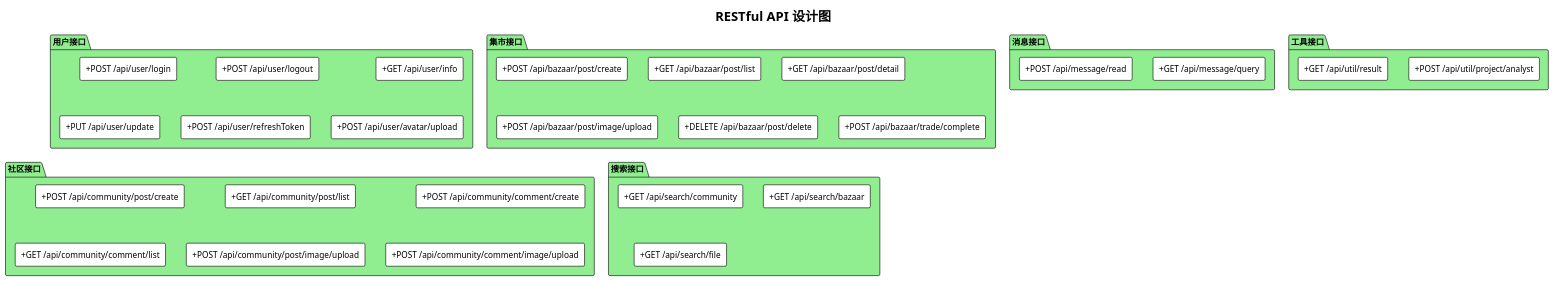
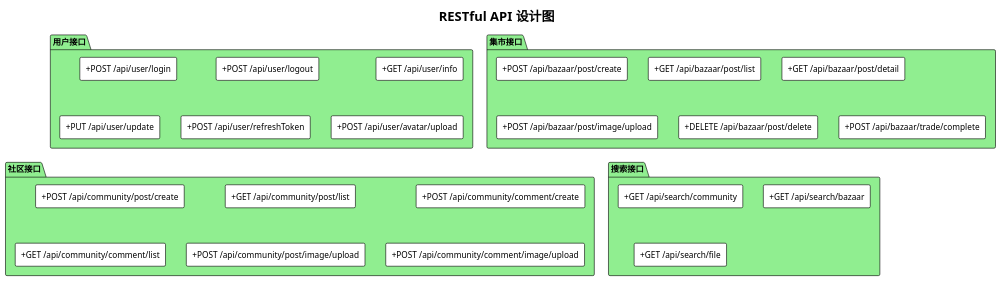
One commit to Aseubel/utopia changed the diagram in docs/uml/interface.puml. Above: the diagram before and after it, drawn with PlantUML. The commit also changed 2 other files, not shown here.

```diff
--- a/docs/uml/interface.puml
+++ b/docs/uml/interface.puml
@@ -1,51 +1,51 @@
 @startuml
 !theme plain
 skinparam backgroundColor #FFFFFF
 skinparam componentStyle rectangle
 
 title RESTful API 设计图
 
 package "用户接口" as UserAPI #lightgreen {
   [+POST /api/user/login] as UserLogin
   [+POST /api/user/logout] as UserLogout
   [+GET /api/user/info] as UserInfo
   [+PUT /api/user/update] as UserUpdate
   [+POST /api/user/refreshToken] as UserRefreshToken
   [+POST /api/user/avatar/upload] as UserUploadAvatar
 }
 
 package "集市接口" as BazaarAPI #lightgreen {
   [+POST /api/bazaar/post/create] as BazaarPostCreate
   [+GET /api/bazaar/post/list] as BazaarPostList
   [+GET /api/bazaar/post/detail] as BazaarPostDetail
   [+POST /api/bazaar/post/image/upload] as BazaarUploadImage
   [+DELETE /api/bazaar/post/delete] as BazaarPostDelete
   [+POST /api/bazaar/trade/complete] as BazaarTradeComplete
 }
 
 package "社区接口" as CommunityAPI #lightgreen {
   [+POST /api/community/post/create] as CommunityPostCreate
   [+GET /api/community/post/list] as CommunityPostList
   [+POST /api/community/comment/create] as CommunityCommentCreate
   [+GET /api/community/comment/list] as CommunityCommentList
   [+POST /api/community/post/image/upload] as CommunityUploadPostImage
   [+POST /api/community/comment/image/upload] as CommunityUploadCommentImage
 }
 
-package "消息接口" as MessageAPI #lightgreen {
-  [+GET /api/message/query] as MessageQuery
-  [+POST /api/message/read] as MessageRead
-}
+'package "消息接口" as MessageAPI #lightgreen {
+'  [+GET /api/message/query] as MessageQuery
+'  [+POST /api/message/read] as MessageRead
+'}
 
 package "搜索接口" as SearchAPI #lightgreen {
   [+GET /api/search/community] as SearchCommunity
   [+GET /api/search/bazaar] as SearchBazaar
   [+GET /api/search/file] as SearchFile
 }
 
-package "工具接口" as UtilAPI #lightgreen {
-  [+POST /api/util/project/analyst] as UtilProjectAnalyst
-  [+GET /api/util/result] as UtilGetResult
-}
+'package "工具接口" as UtilAPI #lightgreen {
+'  [+POST /api/util/project/analyst] as UtilProjectAnalyst
+'  [+GET /api/util/result] as UtilGetResult
+'}
 
 @enduml
```
